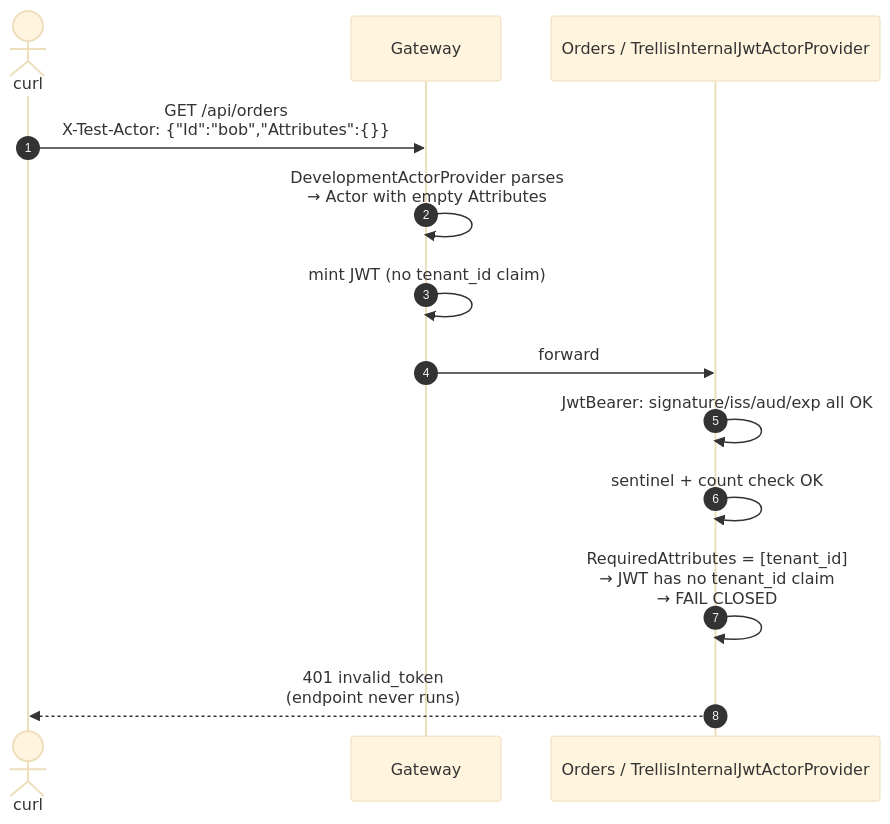
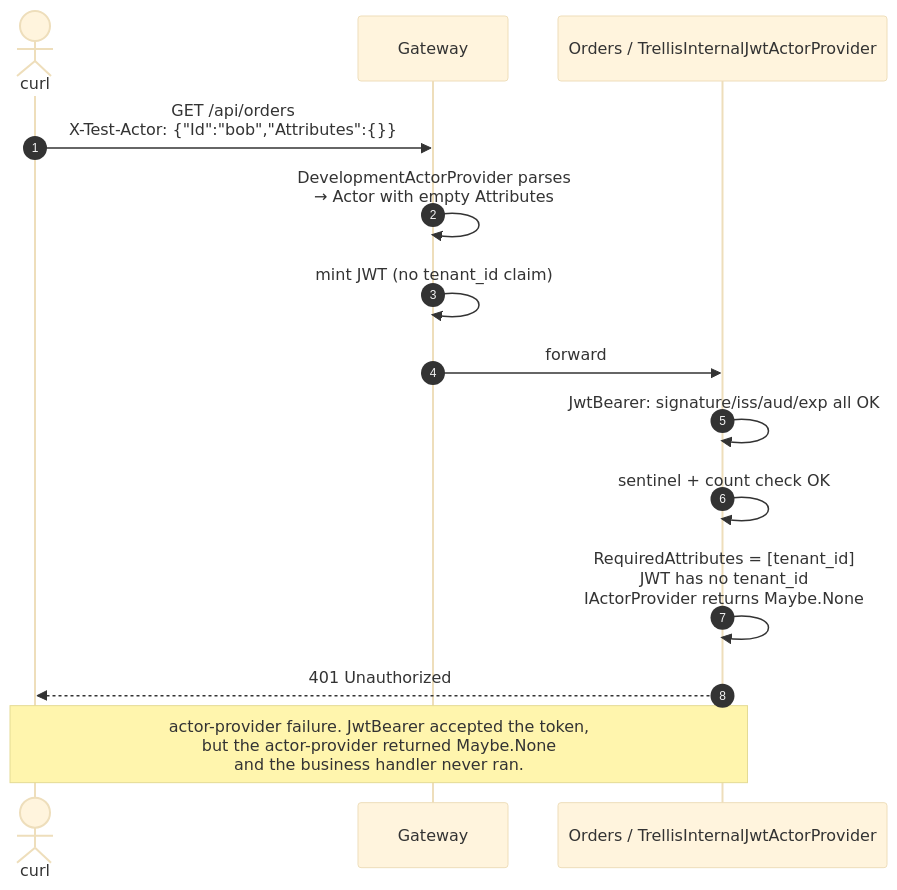
One commit to xavierjohn/Trellis.Microservices changed the seventh of 11 diagrams in examples/Sample/ARCHITECTURE.md. Above: the diagram before and after it, drawn with Mermaid (base theme). The commit also changed other lines of this file and 4 other files, not shown here.

````diff
--- a/examples/Sample/ARCHITECTURE.md
+++ b/examples/Sample/ARCHITECTURE.md
@@ -334,15 +334,16 @@
 ```mermaid
 sequenceDiagram
     autonumber
     actor A as curl
     participant G as Gateway
     participant O as Orders / TrellisInternalJwtActorProvider
     A->>G: GET /api/orders<br/>X-Test-Actor: {"Id":"bob","Attributes":{}}
     G->>G: DevelopmentActorProvider parses<br/>→ Actor with empty Attributes
     G->>G: mint JWT (no tenant_id claim)
     G->>O: forward
     O->>O: JwtBearer: signature/iss/aud/exp all OK
     O->>O: sentinel + count check OK
-    O->>O: RequiredAttributes = [tenant_id]<br/>→ JWT has no tenant_id claim<br/>→ FAIL CLOSED
-    O-->>A: 401 invalid_token<br/>(endpoint never runs)
+    O->>O: RequiredAttributes = [tenant_id]<br/>JWT has no tenant_id<br/>IActorProvider returns Maybe.None
+    O-->>A: 401 Unauthorized
+    Note over A,O: actor-provider failure. JwtBearer accepted the token,<br/>but the actor-provider returned Maybe.None<br/>and the business handler never ran.
 ```
````
